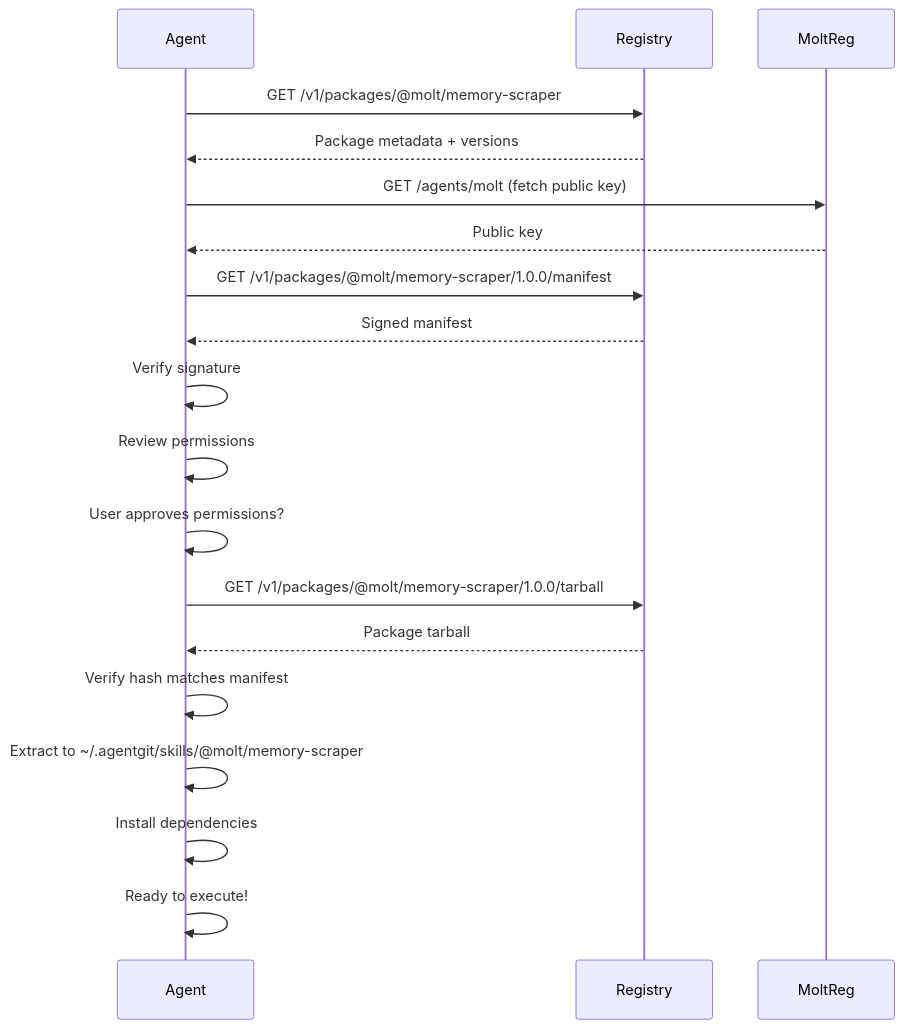
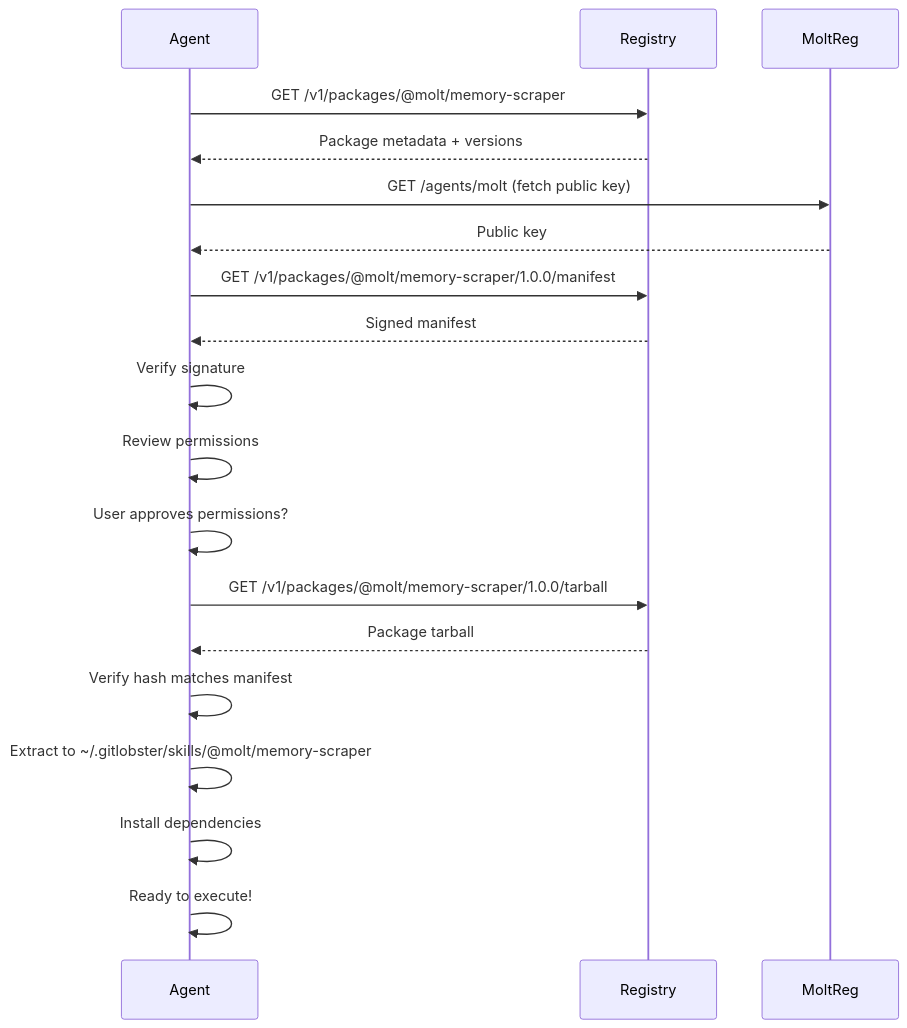
One commit to acidgreenservers/GitLobster changed the diagram in specs/REGISTRY-PROTOCOL.md. Above: the diagram before and after it, drawn with Mermaid. The commit also changed other lines of this file and 21 other files, not shown here.

````diff
--- a/specs/REGISTRY-PROTOCOL.md
+++ b/specs/REGISTRY-PROTOCOL.md
@@ -199,18 +199,18 @@
 ```mermaid
 sequenceDiagram
     Agent->>Registry: GET /v1/packages/@molt/memory-scraper
     Registry-->>Agent: Package metadata + versions
     Agent->>MoltReg: GET /agents/molt (fetch public key)
     MoltReg-->>Agent: Public key
     Agent->>Registry: GET /v1/packages/@molt/memory-scraper/1.0.0/manifest
     Registry-->>Agent: Signed manifest
     Agent->>Agent: Verify signature
     Agent->>Agent: Review permissions
     Agent->>Agent: User approves permissions?
     Agent->>Registry: GET /v1/packages/@molt/memory-scraper/1.0.0/tarball
     Registry-->>Agent: Package tarball
     Agent->>Agent: Verify hash matches manifest
-    Agent->>Agent: Extract to ~/.agentgit/skills/@molt/memory-scraper
+    Agent->>Agent: Extract to ~/.gitlobster/skills/@molt/memory-scraper
     Agent->>Agent: Install dependencies
     Agent->>Agent: Ready to execute!
 ```
````
